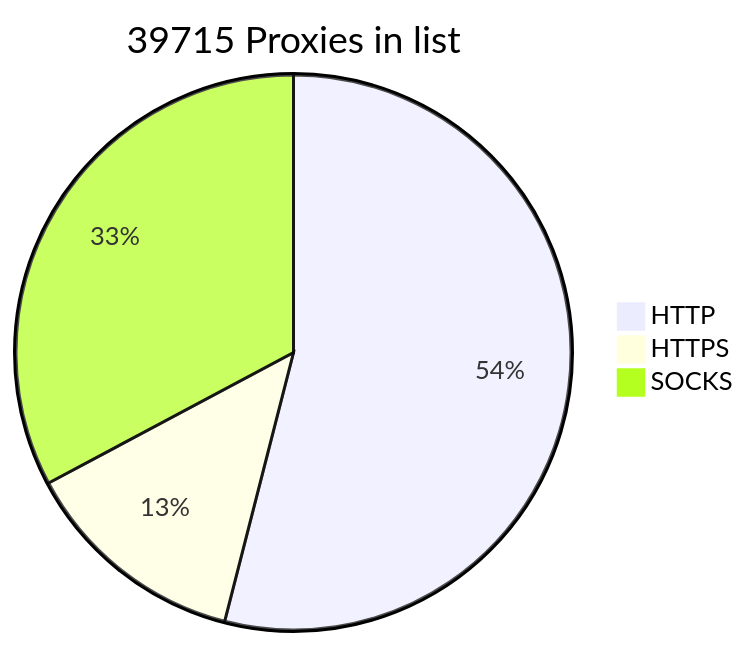
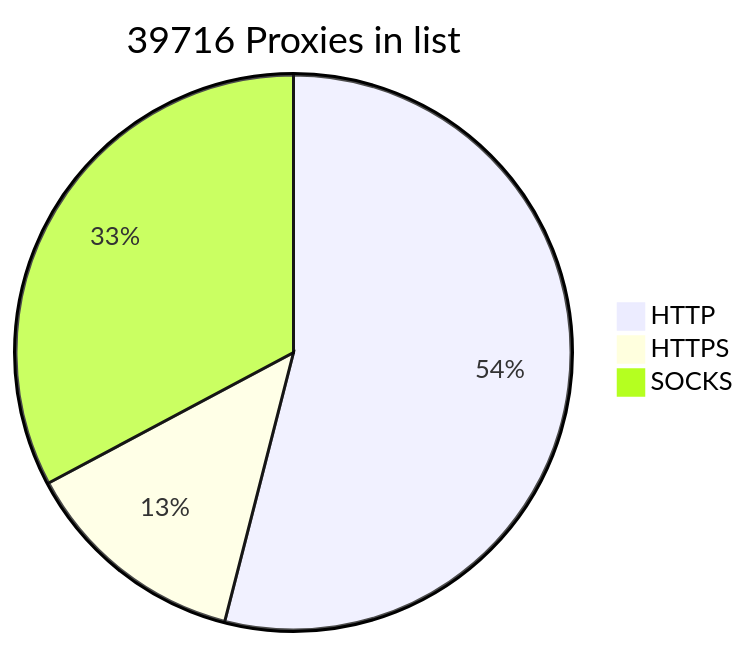
One commit to BlackSnowDot/proxylist-update-every-minute changed the diagram in README.md. Above: the diagram before and after it, drawn with Mermaid.

````diff
--- a/README.md
+++ b/README.md
@@ -2,6 +2,6 @@
 ```mermaid
-pie title 39715 Proxies in list
-    "HTTP" : 23802
-    "HTTPS": 5826
+pie title 39716 Proxies in list
+    "HTTP" : 23801
+    "HTTPS": 5829
     "SOCKS" : 14457
 ```
````
